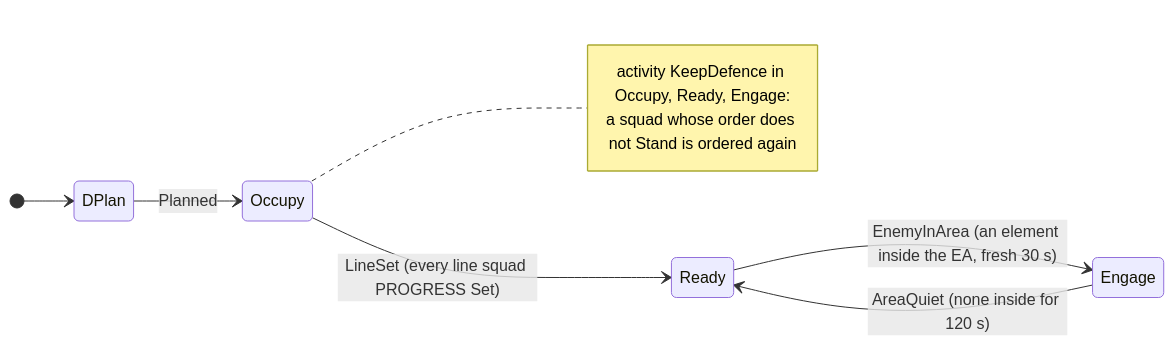
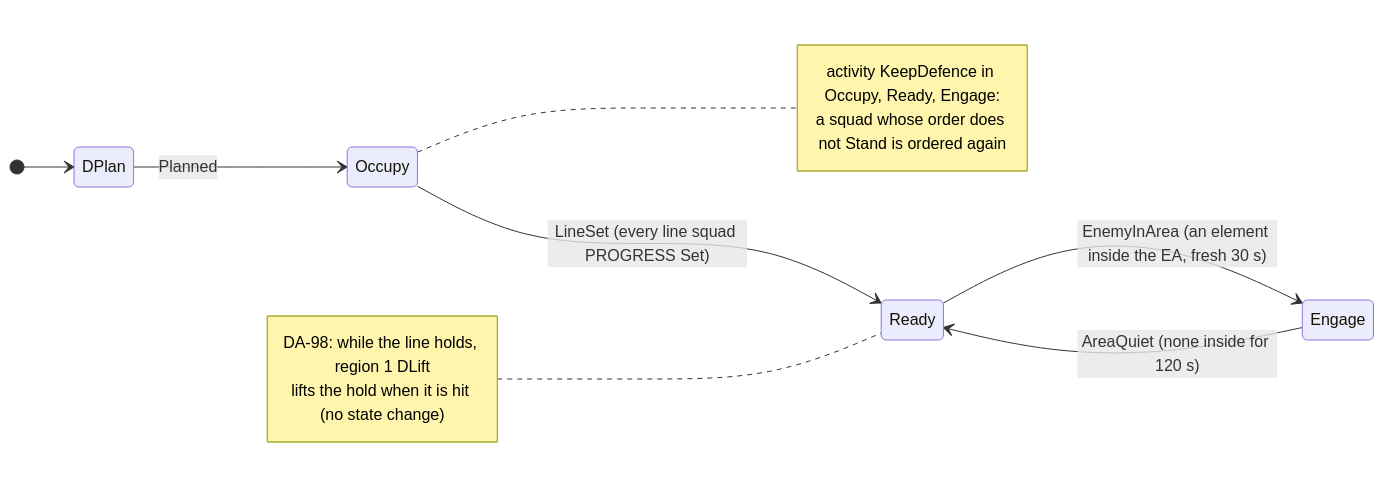
Diagram 29 of 60 in docs/designs/group-maneuvers/DESIGN_Defend_And_Attack_Position.md (pjanec/HROT), drawn with Mermaid before and after one commit. The commit also changed other lines of this file and 5 other files, not shown here.

First line of the commit message:
CE-2276 DA-98: a line hit before it is set lifts its hold; pc-defend-house passes live

````diff
--- a/docs/designs/group-maneuvers/DESIGN_Defend_And_Attack_Position.md
+++ b/docs/designs/group-maneuvers/DESIGN_Defend_And_Attack_Position.md
@@ -1108,13 +1108,17 @@
 ```mermaid
 stateDiagram-v2
   direction LR
   [*] --> DPlan
   DPlan --> Occupy : Planned
   Occupy --> Ready : LineSet (every line squad PROGRESS Set)
   Ready --> Engage : EnemyInArea (an element inside the EA, fresh 30 s)
   Engage --> Ready : AreaQuiet (none inside for 120 s)
   note right of Occupy
     activity KeepDefence in Occupy, Ready, Engage:
     a squad whose order does not Stand is ordered again
   end note
+  note left of Ready
+    DA-98: while the line holds, region 1 DLift
+    lifts the hold when it is hit (no state change)
+  end note
 ```
````
